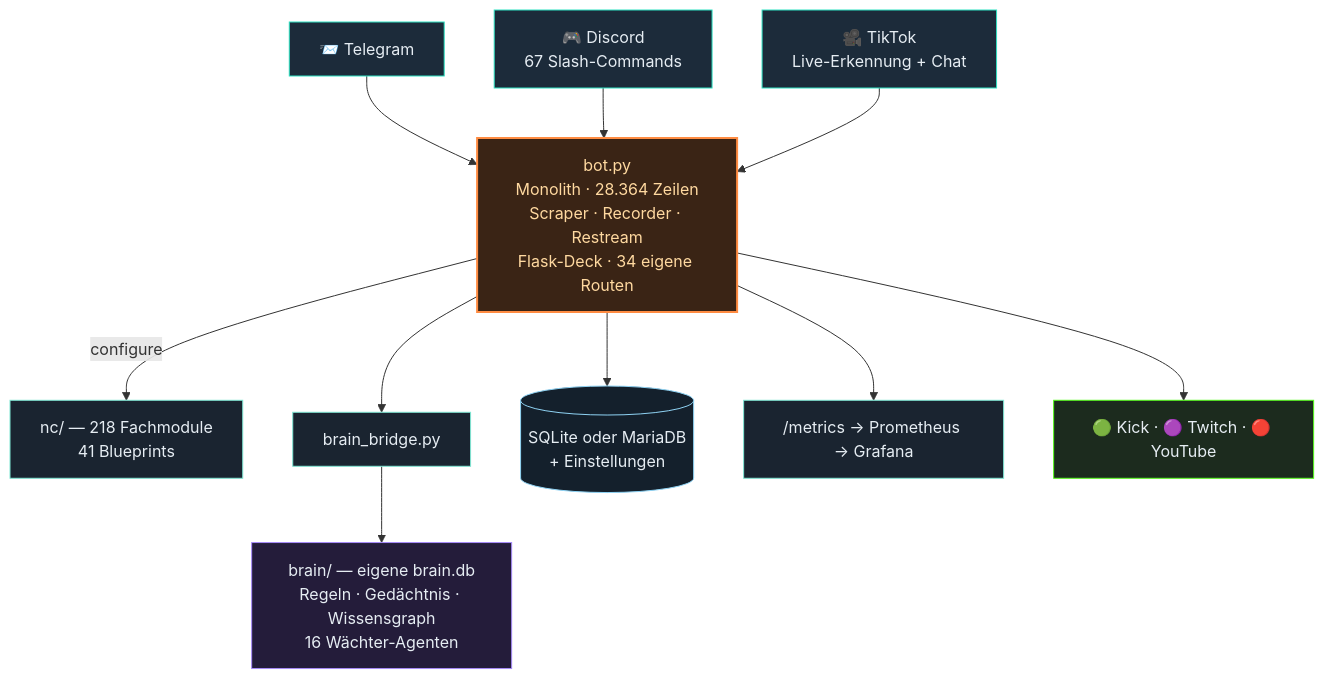
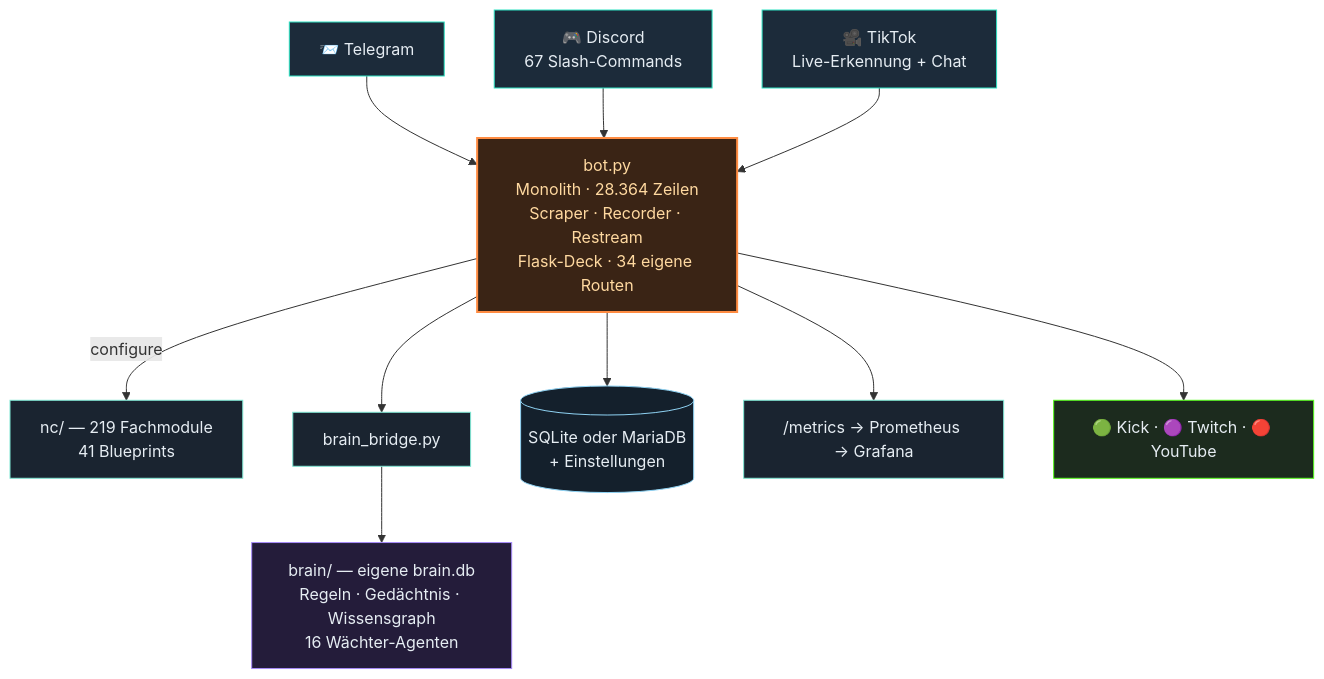
The second of 3 diagrams in README.md (itsamemedev/Telegram-Stream-Info-Bot), drawn with Mermaid before and after one commit. The commit also changed other lines of this file and 8 other files, not shown here.

````diff
--- a/README.md
+++ b/README.md
@@ -118,19 +118,19 @@
 ```mermaid
 flowchart TB
     TG["📨 Telegram"]:::ein --> BOT
     DC["🎮 Discord<br/>67 Slash-Commands"]:::ein --> BOT
     TT["🎥 TikTok<br/>Live-Erkennung + Chat"]:::ein --> BOT
     BOT["bot.py<br/>Monolith · 28.364 Zeilen<br/>Scraper · Recorder · Restream<br/>Flask-Deck · 34 eigene Routen"]:::core
-    BOT -->|configure| NC["nc/ — 218 Fachmodule<br/>41 Blueprints"]:::lib
+    BOT -->|configure| NC["nc/ — 219 Fachmodule<br/>41 Blueprints"]:::lib
     BOT --> BR["brain_bridge.py"]:::lib
     BR --> BRAIN["brain/ — eigene brain.db<br/>Regeln · Gedächtnis · Wissensgraph<br/>16 Wächter-Agenten"]:::brain
     BOT --> DB[("SQLite oder MariaDB<br/>+ Einstellungen")]:::db
     BOT --> PROM["/metrics → Prometheus → Grafana"]:::lib
     BOT --> OUT["🟢 Kick · 🟣 Twitch · 🔴 YouTube"]:::out
     classDef ein fill:#1c2b3a,stroke:#2de1c2,color:#e6edf3
     classDef core fill:#3a2415,stroke:#ff8c42,stroke-width:2px,color:#ffd9a0
     classDef lib fill:#1a2430,stroke:#7fe7d4,color:#e6edf3
     classDef brain fill:#241c3a,stroke:#a78bfa,color:#e6edf3
     classDef db fill:#14202c,stroke:#8fd3f4,color:#e6edf3
     classDef out fill:#1c2b1e,stroke:#53fc18,color:#e6edf3
 ```
````
